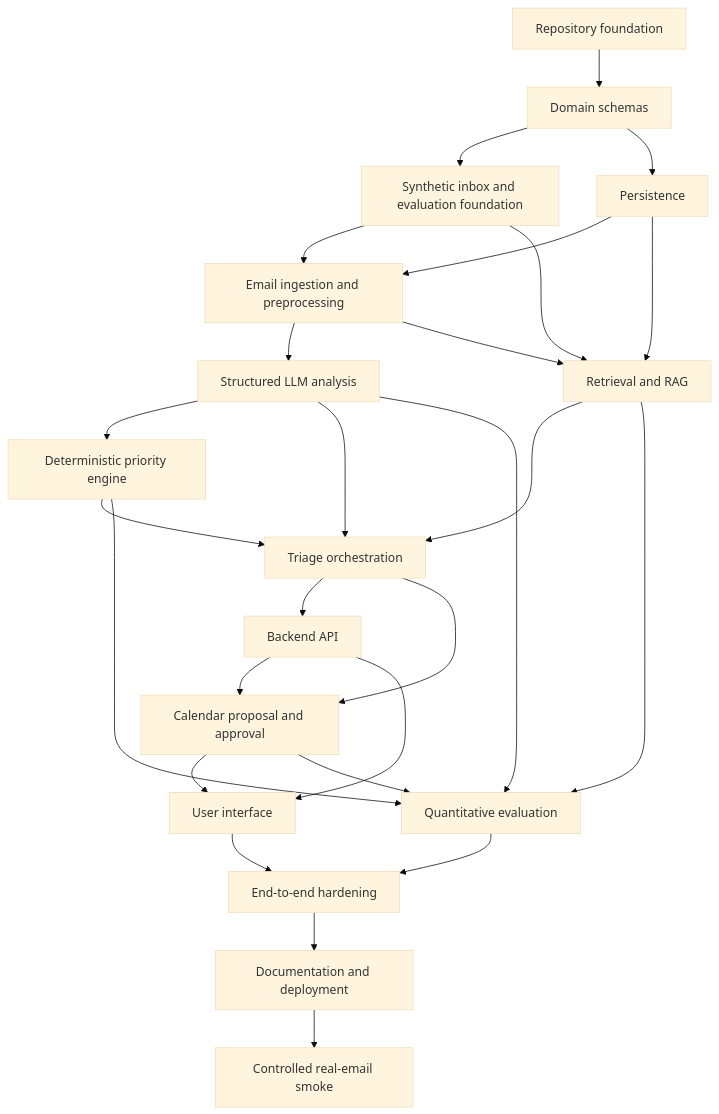
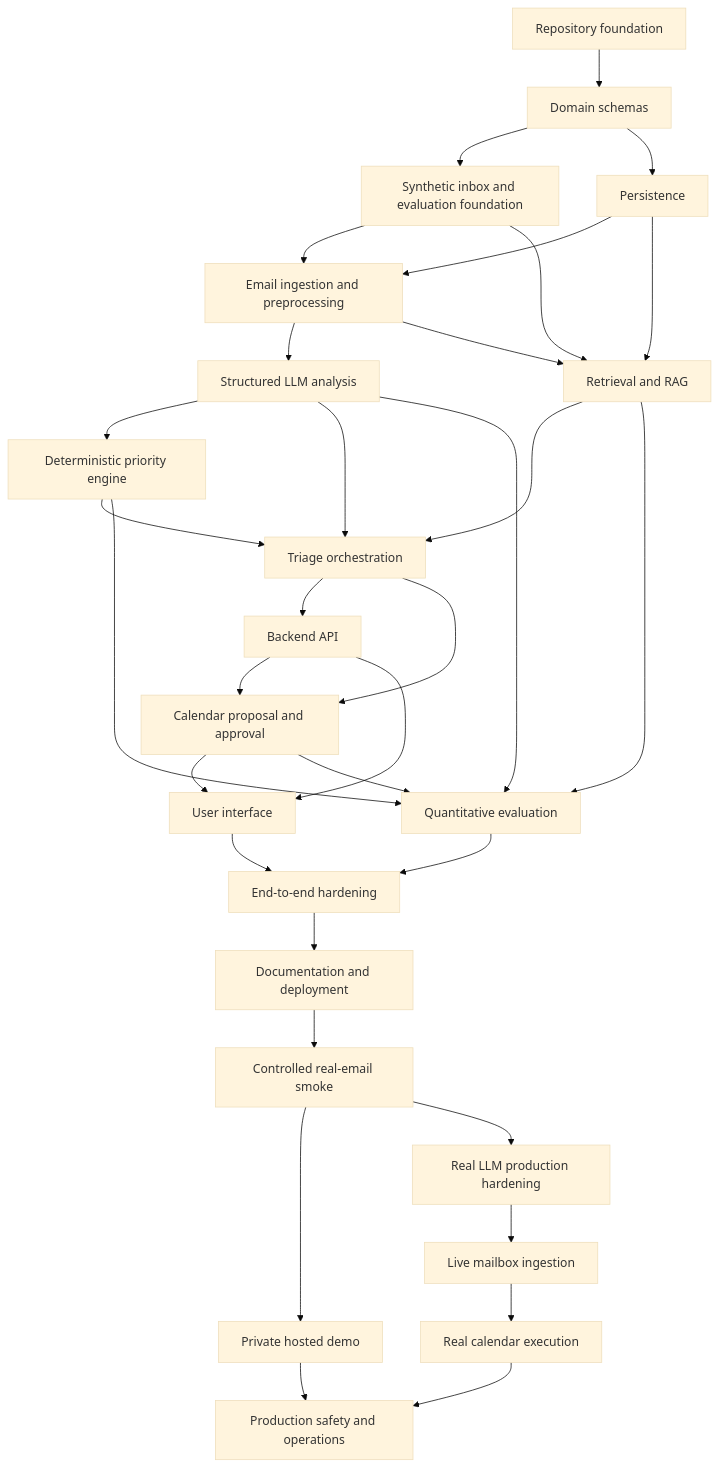
Before and after one commit to szabipal/email_triage_agent: the diagram in docs/planning/12_implementation_roadmap.md, drawn with Mermaid (base theme). The commit also changed other lines of this file, not shown here.

````diff
--- a/docs/planning/12_implementation_roadmap.md
+++ b/docs/planning/12_implementation_roadmap.md
@@ -175,29 +211,35 @@
 ```mermaid
 flowchart TD
   M01[Repository foundation] --> M02[Domain schemas]
   M02 --> M03[Synthetic inbox and evaluation foundation]
   M02 --> M04[Persistence]
   M03 --> M05[Email ingestion and preprocessing]
   M04 --> M05
   M05 --> M06[Structured LLM analysis]
   M06 --> M07[Deterministic priority engine]
   M05 --> M08[Retrieval and RAG]
   M04 --> M08
   M03 --> M08
   M06 --> M09[Triage orchestration]
   M07 --> M09
   M08 --> M09
   M09 --> M10[Backend API]
   M09 --> M11[Calendar proposal and approval]
   M10 --> M11
   M10 --> M12[User interface]
   M11 --> M12
   M06 --> M13[Quantitative evaluation]
   M07 --> M13
   M08 --> M13
   M11 --> M13
   M12 --> M14[End-to-end hardening]
   M13 --> M14
   M14 --> M15[Documentation and deployment]
   M15 --> M16[Controlled real-email smoke]
+  M16 --> M17[Private hosted demo]
+  M16 --> M18[Real LLM production hardening]
+  M18 --> M19[Live mailbox ingestion]
+  M19 --> M20[Real calendar execution]
+  M17 --> M21[Production safety and operations]
+  M20 --> M21
 ```
````
